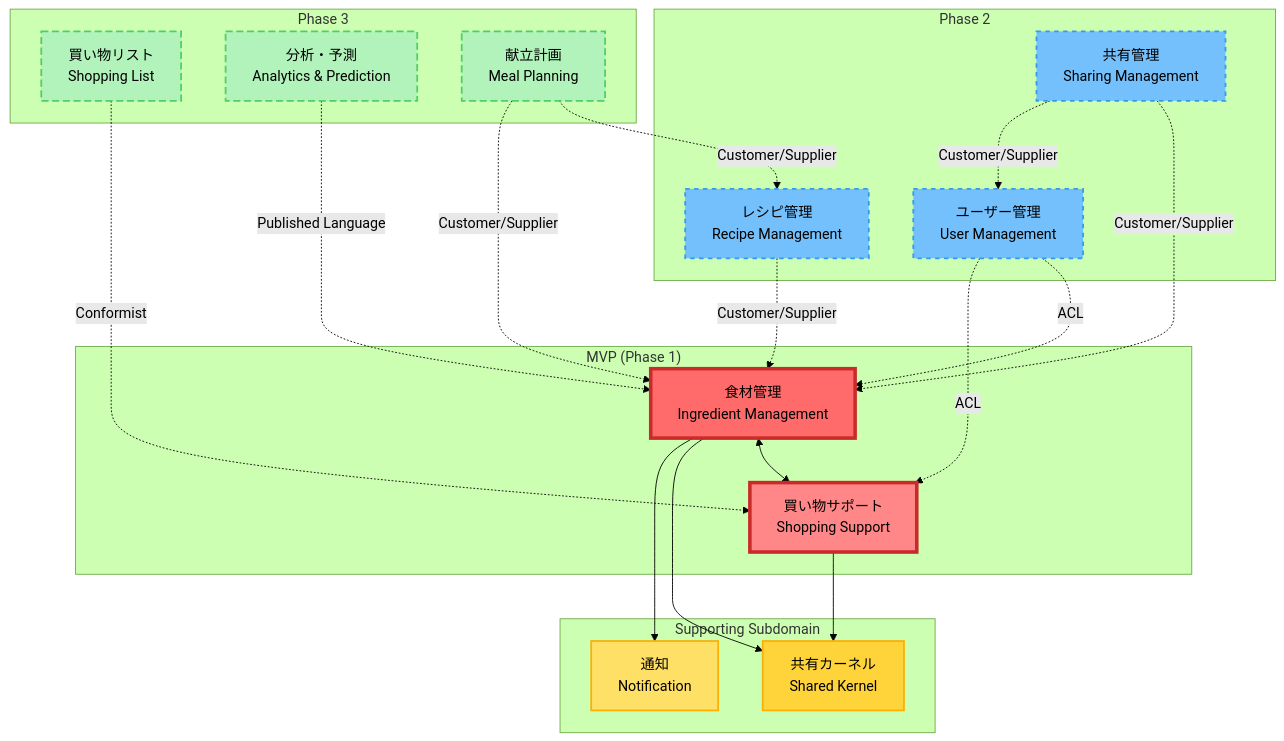
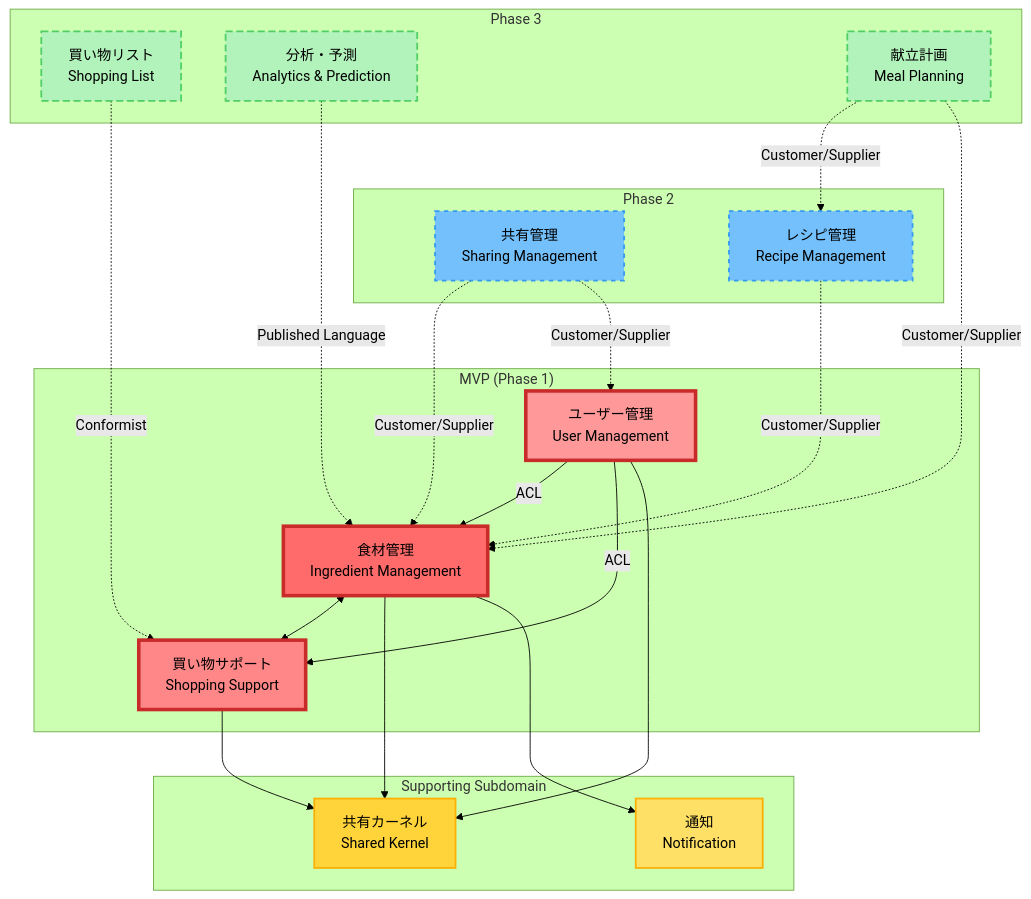
The diagram in docs/domain/overview/context-map.md (komei0727/all_in_one), drawn with Mermaid (forest theme) before and after one commit. The commit also changed other lines of this file, not shown here.

````diff
--- a/docs/domain/overview/context-map.md
+++ b/docs/domain/overview/context-map.md
@@ -10,55 +12,56 @@
 ```mermaid
 graph TB
     subgraph "MVP (Phase 1)"
         IM[食材管理<br/>Ingredient Management]
         SH[買い物サポート<br/>Shopping Support]
+        UM[ユーザー管理<br/>User Management]
     end
 
     subgraph "Phase 2"
-        UM[ユーザー管理<br/>User Management]
         SHR[共有管理<br/>Sharing Management]
         RM[レシピ管理<br/>Recipe Management]
     end
 
     subgraph "Phase 3"
         SL[買い物リスト<br/>Shopping List]
         AN[分析・予測<br/>Analytics & Prediction]
         MP[献立計画<br/>Meal Planning]
     end
 
     subgraph "Supporting Subdomain"
         SK[共有カーネル<br/>Shared Kernel]
         NT[通知<br/>Notification]
     end
 
     %% MVP関係
     IM <--> SH
+    UM -->|ACL| IM
+    UM -->|ACL| SH
     IM --> SK
     SH --> SK
+    UM --> SK
     IM --> NT
 
     %% Phase 2関係
-    UM -.->|ACL| IM
-    UM -.->|ACL| SH
     SHR -.->|Customer/Supplier| IM
     SHR -.->|Customer/Supplier| UM
     RM -.->|Customer/Supplier| IM
 
     %% Phase 3関係
     SL -.->|Conformist| SH
     AN -.->|Published Language| IM
     MP -.->|Customer/Supplier| RM
     MP -.->|Customer/Supplier| IM
 
     %% スタイリング
     style IM fill:#ff6b6b,stroke:#c92a2a,stroke-width:4px
     style SH fill:#ff8787,stroke:#c92a2a,stroke-width:4px
+    style UM fill:#ff9999,stroke:#c92a2a,stroke-width:4px
     style SK fill:#ffd43b,stroke:#fab005,stroke-width:2px
     style NT fill:#ffe066,stroke:#fab005,stroke-width:2px
-    style UM fill:#74c0fc,stroke:#339af0,stroke-width:2px,stroke-dasharray: 5 5
     style SHR fill:#74c0fc,stroke:#339af0,stroke-width:2px,stroke-dasharray: 5 5
     style RM fill:#74c0fc,stroke:#339af0,stroke-width:2px,stroke-dasharray: 5 5
     style SL fill:#b2f2bb,stroke:#51cf66,stroke-width:2px,stroke-dasharray: 8 4
     style AN fill:#b2f2bb,stroke:#51cf66,stroke-width:2px,stroke-dasharray: 8 4
     style MP fill:#b2f2bb,stroke:#51cf66,stroke-width:2px,stroke-dasharray: 8 4
 ```
````
